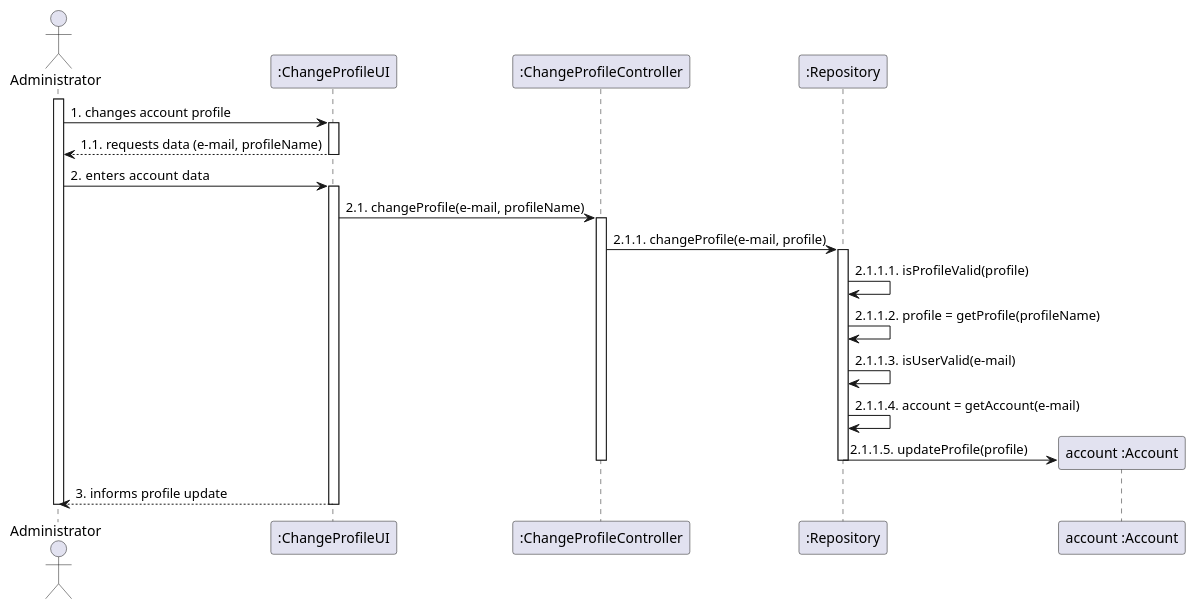
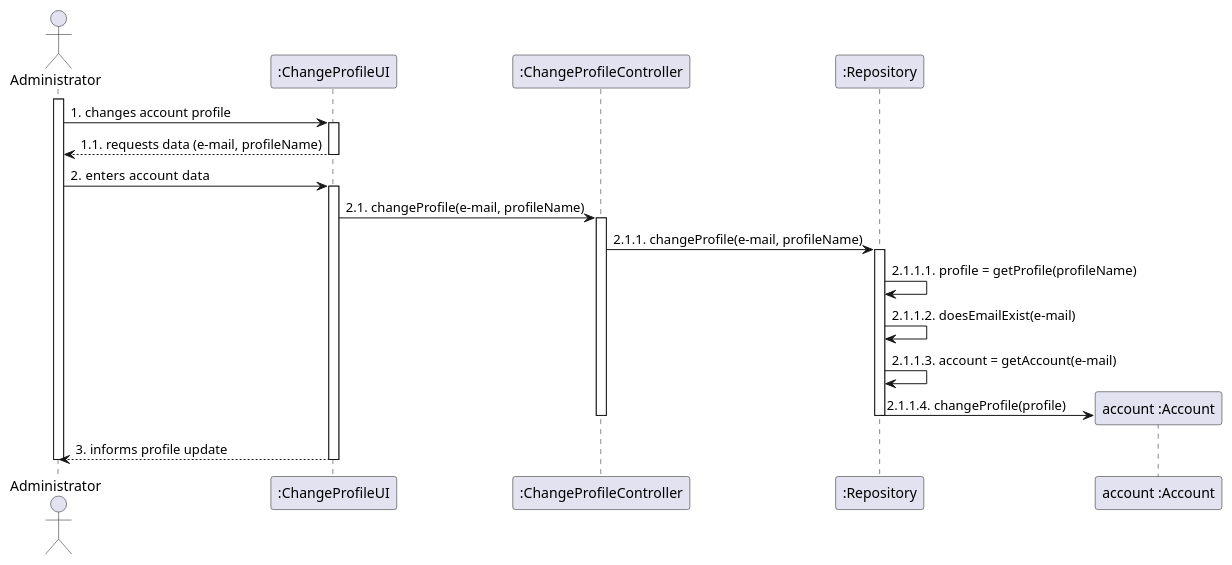
The diagram in docs/modelling_design/user_stories/us003/US003_Sequence_Diagram.puml (Loracline/project_switch_22-23), drawn with PlantUML before and after one commit. The commit also changed 4 other files, not shown here.

Commit message:
US003 : Development | Add getProfile and changeAccountProfile methods on Repository | Add getter method on Class Profile| Tests (not finished) | Update respective Class Diagram and Sequence Diagram US003

```diff
--- a/docs/modelling_design/user_stories/us003/US003_Sequence_Diagram.puml
+++ b/docs/modelling_design/user_stories/us003/US003_Sequence_Diagram.puml
@@ -2,42 +2,41 @@
 @startuml
 
 /'autonumber'/
 actor Administrator
 participant ":ChangeProfileUI" as ui
 participant ":ChangeProfileController" as Controller
 participant ":Repository" as repository
 participant "account :Account" as account
 
 activate Administrator
 Administrator -> ui: 1. changes account profile
 activate ui
 Administrator <-- ui: 1.1. requests data (e-mail, profileName)
 deactivate ui
 Administrator -> ui: 2.  enters account data
 activate ui
 ui -> Controller: 2.1. changeProfile(e-mail, profileName)
 activate Controller
-Controller -> repository: 2.1.1. changeProfile(e-mail, profile)
+Controller -> repository: 2.1.1. changeProfile(e-mail, profileName)
 activate repository
-repository -> repository: 2.1.1.1. isProfileValid(profile)
-repository -> repository: 2.1.1.2. profile = getProfile(profileName)
-repository -> repository: 2.1.1.3. isUserValid(e-mail)
-repository -> repository: 2.1.1.4. account = getAccount(e-mail)
+repository -> repository: 2.1.1.1. profile = getProfile(profileName)
+repository -> repository: 2.1.1.2. doesEmailExist(e-mail)
+repository -> repository: 2.1.1.3. account = getAccount(e-mail)
 
 
 create account
-repository -> account: 2.1.1.5. updateProfile(profile)
+repository -> account: 2.1.1.4. changeProfile(profile)
 deactivate Controller
 deactivate repository
 
 
 ui --> Administrator: 3. informs profile update
 deactivate ui
 deactivate Administrator
 
 /'Controller -> Controller: isUserValid (e-mail)
 Controller -> Controller: isProfileValid (profile)
 
 Controller --> account: changeProfile (e-mail, profile)'/
 
 @enduml
```
